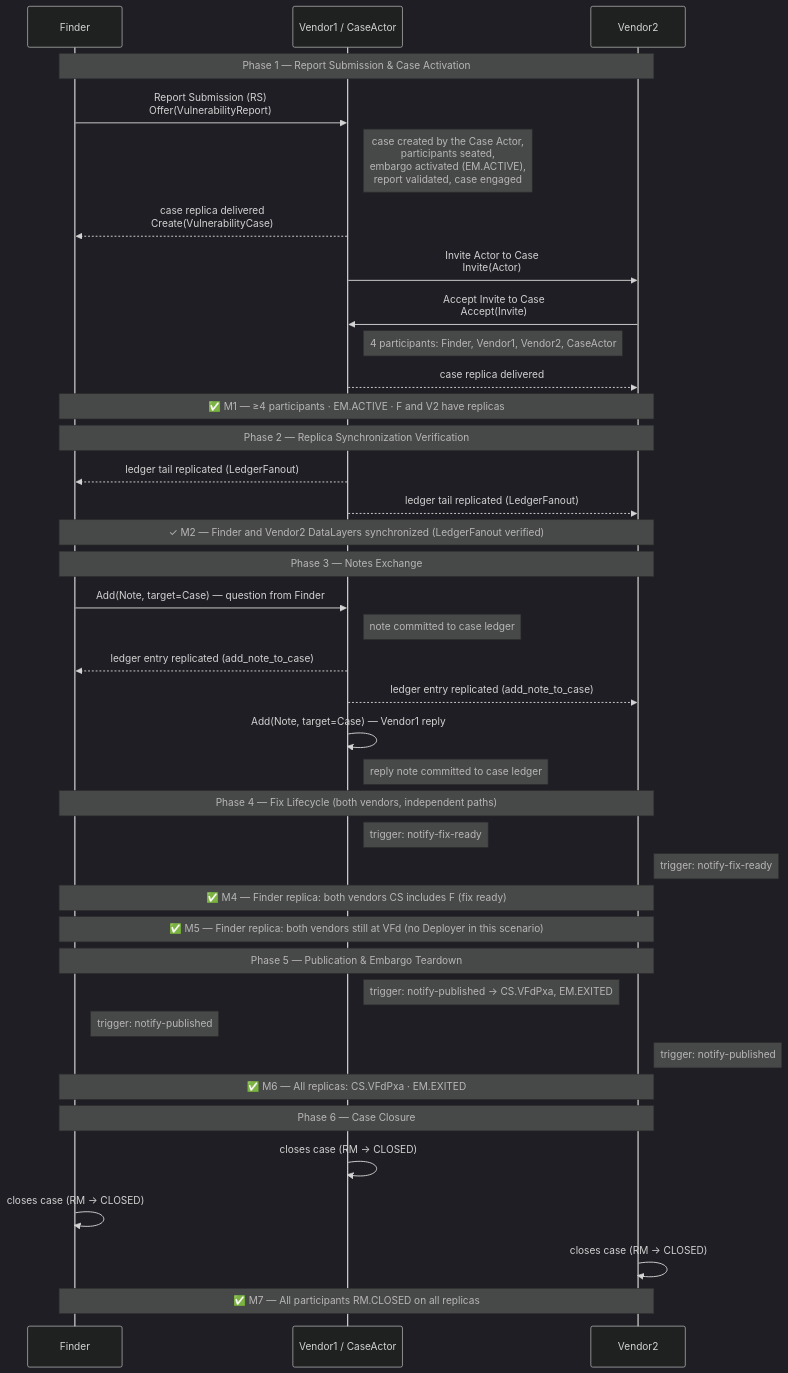
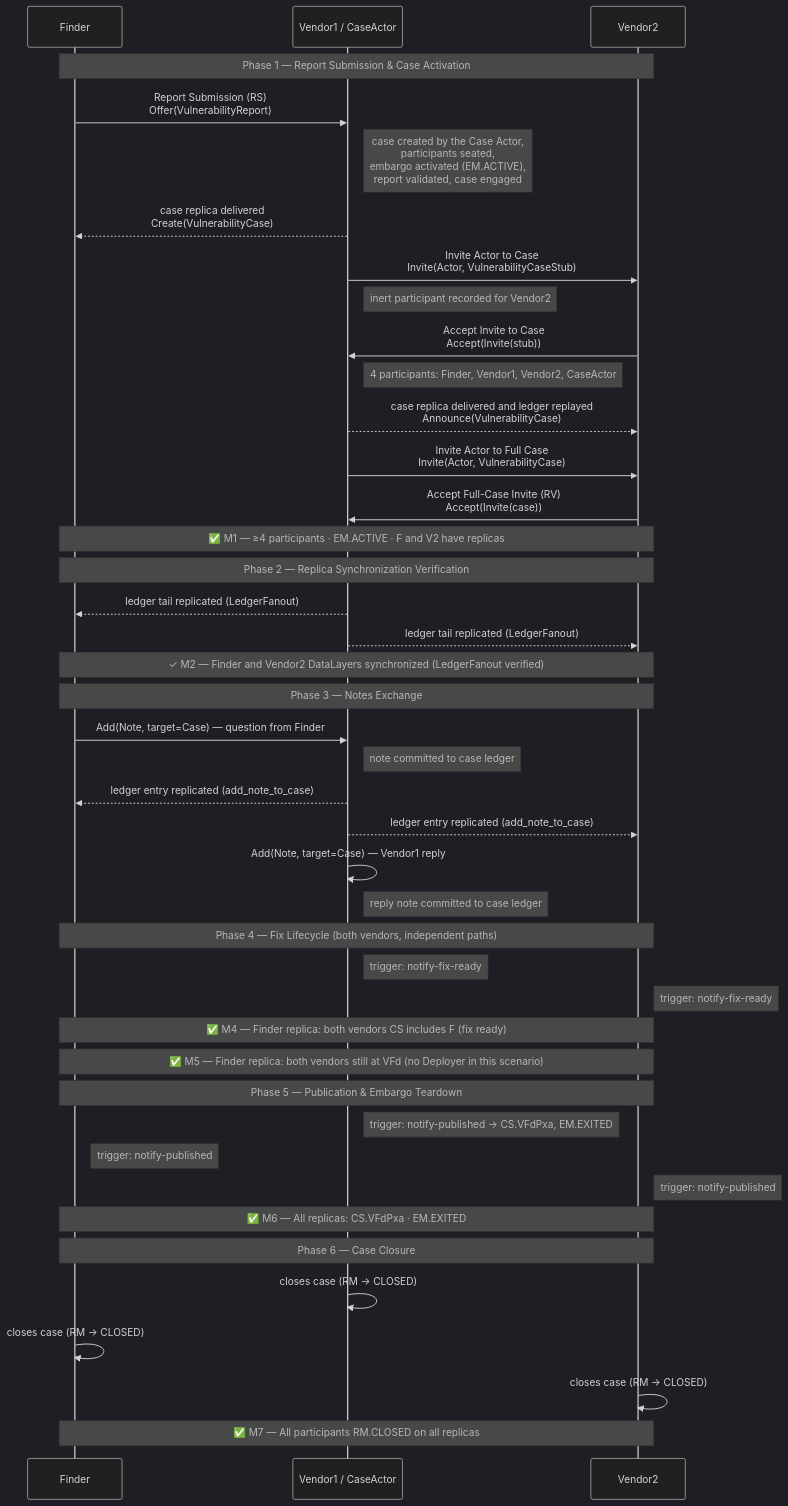
One commit to CERTCC/Vultron changed the diagram in docs/howto/demos/fvv-demo.md. Above: the diagram before and after it, drawn with Mermaid (dark theme). The commit also changed 30 other files, not shown here.

````diff
--- a/docs/howto/demos/fvv-demo.md
+++ b/docs/howto/demos/fvv-demo.md
@@ -76,54 +76,57 @@
 ```mermaid
 sequenceDiagram
     participant F as Finder
     participant V1 as Vendor1 / CaseActor
     participant V2 as Vendor2
 
     note over F,V2: Phase 1 — Report Submission & Case Activation
 
     F->>V1: Report Submission (RS)<br/>Offer(VulnerabilityReport)
     note right of V1: case created by the Case Actor,<br/>participants seated,<br/>embargo activated (EM.ACTIVE),<br/>report validated, case engaged
     V1-->>F: case replica delivered<br/>Create(VulnerabilityCase)
-    V1->>V2: Invite Actor to Case<br/>Invite(Actor)
-    V2->>V1: Accept Invite to Case<br/>Accept(Invite)
+    V1->>V2: Invite Actor to Case<br/>Invite(Actor, VulnerabilityCaseStub)
+    note right of V1: inert participant recorded for Vendor2
+    V2->>V1: Accept Invite to Case<br/>Accept(Invite(stub))
     note right of V1: 4 participants: Finder, Vendor1, Vendor2, CaseActor
-    V1-->>V2: case replica delivered
+    V1-->>V2: case replica delivered and ledger replayed<br/>Announce(VulnerabilityCase)
+    V1->>V2: Invite Actor to Full Case<br/>Invite(Actor, VulnerabilityCase)
+    V2->>V1: Accept Full-Case Invite (RV)<br/>Accept(Invite(case))
 
     note over F,V2: ✅ M1 — ≥4 participants · EM.ACTIVE · F and V2 have replicas
 
     note over F,V2: Phase 2 — Replica Synchronization Verification
 
     V1-->>F: ledger tail replicated (LedgerFanout)
     V1-->>V2: ledger tail replicated (LedgerFanout)
     note over F,V2: ✓ M2 — Finder and Vendor2 DataLayers synchronized (LedgerFanout verified)
 
     note over F,V2: Phase 3 — Notes Exchange
 
     F->>V1: Add(Note, target=Case) — question from Finder
     note right of V1: note committed to case ledger
     V1-->>F: ledger entry replicated (add_note_to_case)
     V1-->>V2: ledger entry replicated (add_note_to_case)
     V1->>V1: Add(Note, target=Case) — Vendor1 reply
     note right of V1: reply note committed to case ledger
 
     note over F,V2: Phase 4 — Fix Lifecycle (both vendors, independent paths)
 
     note right of V1: trigger: notify-fix-ready
     note right of V2: trigger: notify-fix-ready
     note over F,V2: ✅ M4 — Finder replica: both vendors CS includes F (fix ready)
     note over F,V2: ✅ M5 — Finder replica: both vendors still at VFd (no Deployer in this scenario)
 
     note over F,V2: Phase 5 — Publication & Embargo Teardown
 
     note right of V1: trigger: notify-published → CS.VFdPxa, EM.EXITED
     note right of F: trigger: notify-published
     note right of V2: trigger: notify-published
     note over F,V2: ✅ M6 — All replicas: CS.VFdPxa · EM.EXITED
 
     note over F,V2: Phase 6 — Case Closure
 
     V1->>V1: closes case (RM → CLOSED)
     F->>F: closes case (RM → CLOSED)
     V2->>V2: closes case (RM → CLOSED)
     note over F,V2: ✅ M7 — All participants RM.CLOSED on all replicas
 ```
````
